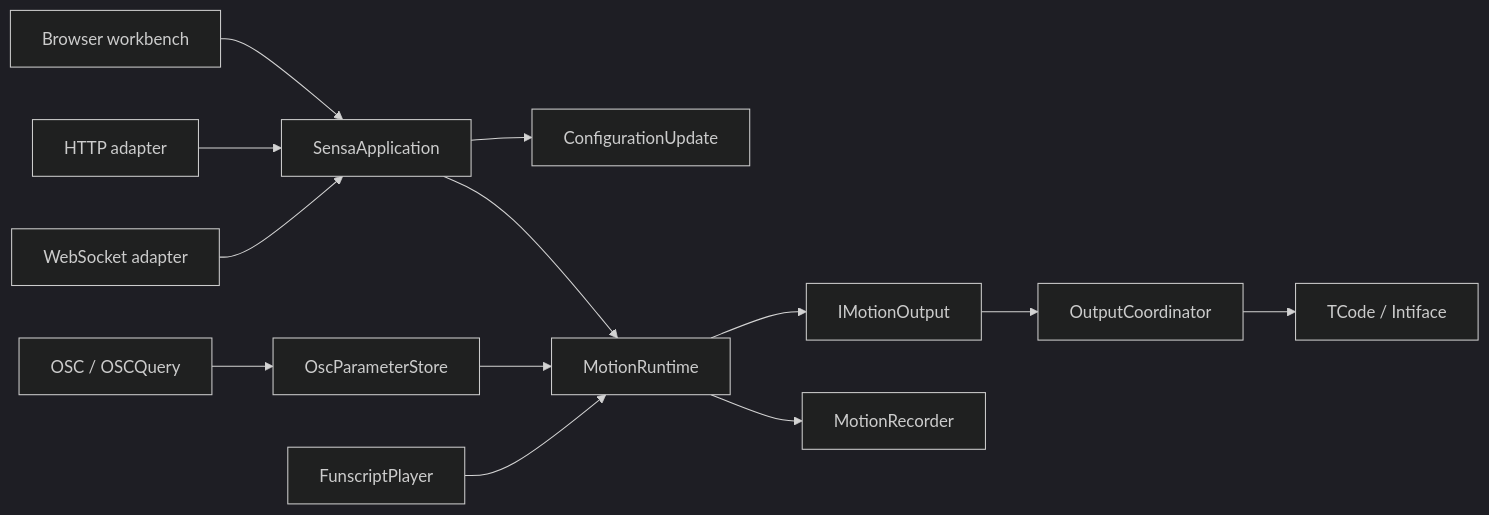
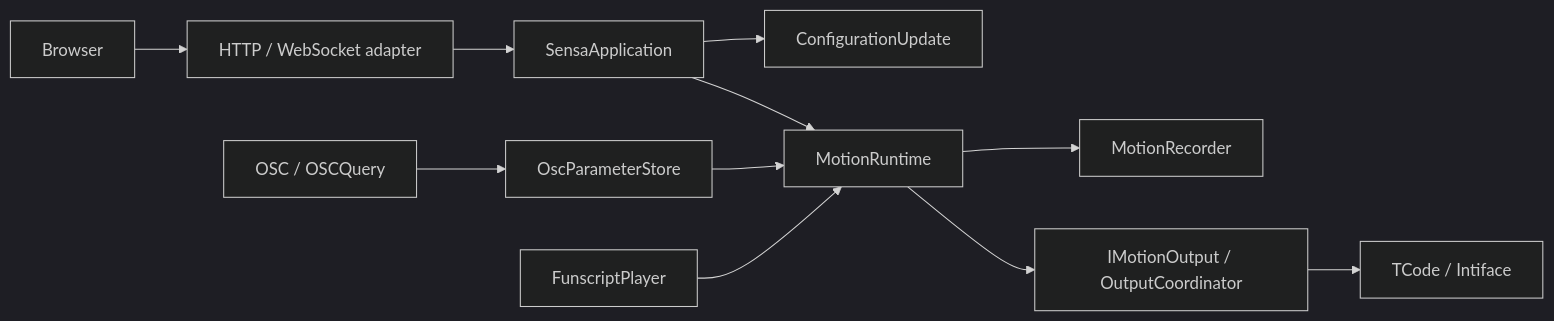
The diagram in docs/architecture.en.md (SeaLoong/Sensa), drawn with Mermaid (dark theme) before and after one commit. The commit also changed other lines of this file and 153 other files, not shown here.

````diff
--- a/docs/architecture.en.md
+++ b/docs/architecture.en.md
@@ -9,15 +9,13 @@
 ```mermaid
 flowchart LR
-    UI[Browser workbench] --> A[SensaApplication]
-    HTTP[HTTP adapter] --> A
-    WS[WebSocket adapter] --> A
-    A --> C[ConfigurationUpdate]
-    A --> M[MotionRuntime]
-    OSC[OSC / OSCQuery] --> S[OscParameterStore]
-    S --> M
-    P[FunscriptPlayer] --> M
-    M --> O[IMotionOutput]
-    O --> R[OutputCoordinator]
-    R --> T[TCode / Intiface]
-    M --> REC[MotionRecorder]
+  Browser --> HTTP[HTTP / WebSocket adapter]
+  HTTP --> App[SensaApplication]
+  App --> Config[ConfigurationUpdate]
+  App --> Runtime[MotionRuntime]
+  OSC[OSC / OSCQuery] --> Store[OscParameterStore]
+  Store --> Runtime
+  Script[FunscriptPlayer] --> Runtime
+  Runtime --> Record[MotionRecorder]
+  Runtime --> Output[IMotionOutput / OutputCoordinator]
+  Output --> Devices[TCode / Intiface]
 ```
````
